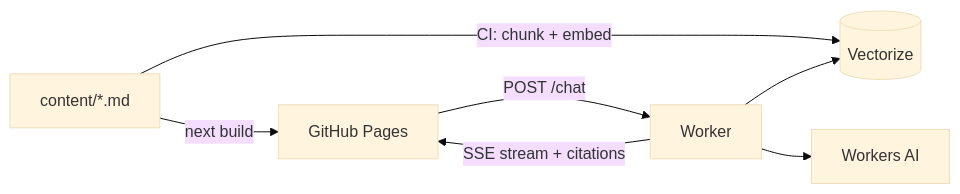
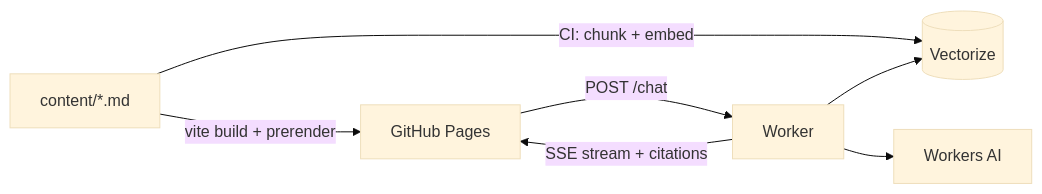
One commit to rst0070/rst0070.github.io changed the diagram in README.md. Above: the diagram before and after it, drawn with Mermaid (base theme). The commit also changed other lines of this file and 11 other files, not shown here.

Commit message:
feat(web): deploy the Vite build and drop next [green]

````diff
--- a/README.md
+++ b/README.md
@@ -14,9 +15,9 @@
 ```mermaid
 flowchart LR
-    md["content/*.md"] -->|next build| pages[GitHub Pages]
+    md["content/*.md"] -->|"vite build + prerender"| pages[GitHub Pages]
     md -->|"CI: chunk + embed"| vec[(Vectorize)]
     pages -->|"POST /chat"| worker[Worker]
     worker --> vec
     worker --> ai[Workers AI]
     worker -->|"SSE stream + citations"| pages
 ```
````
